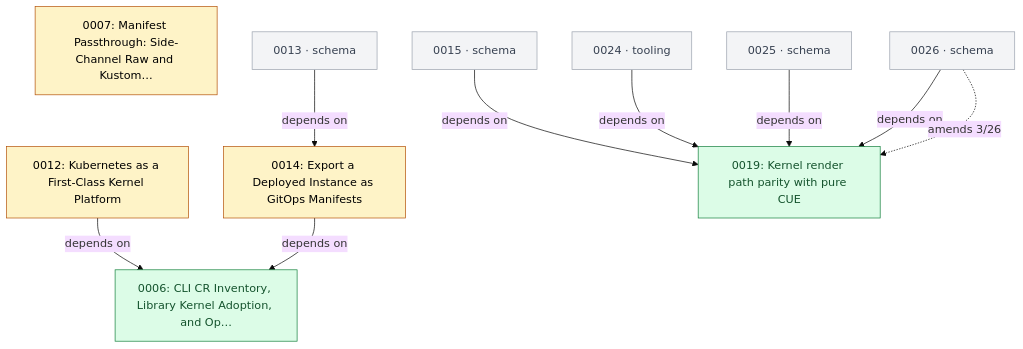
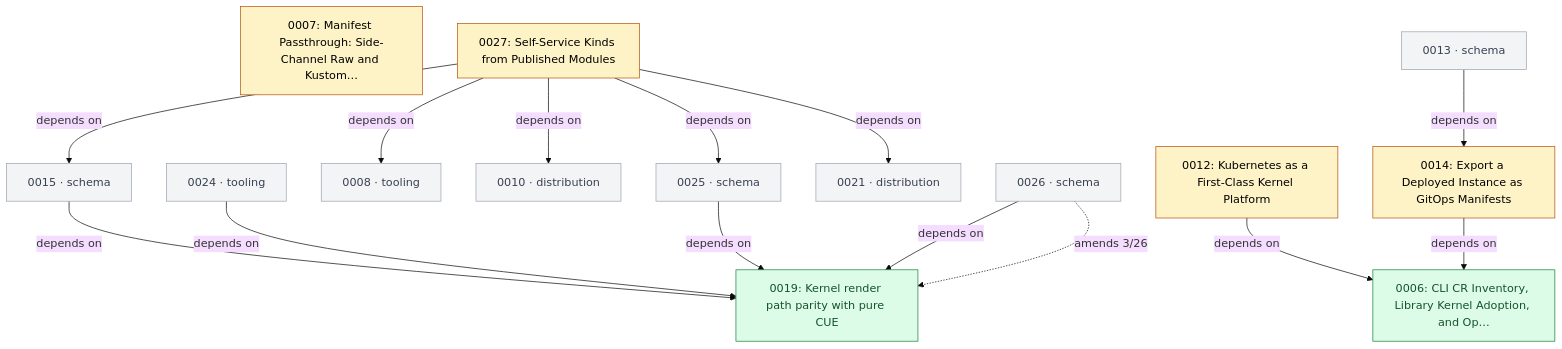
One commit to open-platform-model/enhancements changed the third of 7 diagrams in GRAPH.md. Above: the diagram before and after it, drawn with Mermaid (base theme). The commit also changed other lines of this file and 29 other files, not shown here.

````diff
--- a/GRAPH.md
+++ b/GRAPH.md
@@ -93,31 +94,40 @@
 ```mermaid
 graph TD
   classDef draft       fill:#fef3c7,stroke:#b45309,color:#000
   classDef accepted    fill:#dbeafe,stroke:#1d4ed8,color:#000
   classDef rejected    fill:#fee2e2,stroke:#b91c1c,color:#7f1d1d,stroke-dasharray:4 2
   classDef superseded  fill:#e5e7eb,stroke:#6b7280,color:#6b7280
   classDef delivered   fill:#dcfce7,stroke:#15803d,color:#14532d
   classDef legacy      fill:#fafafa,stroke:#9ca3af,color:#6b7280,stroke-dasharray:3 3
   classDef stub        fill:#f3f4f6,stroke:#9ca3af,color:#374151
   classDef category    fill:#ede9fe,stroke:#6d28d9,color:#000
 
   N0006["0006: CLI CR Inventory, Library Kernel Adoption, and Op…"]:::delivered
   N0007["0007: Manifest Passthrough: Side-Channel Raw and Kustom…"]:::draft
   N0012["0012: Kubernetes as a First-Class Kernel Platform"]:::draft
   N0014["0014: Export a Deployed Instance as GitOps Manifests"]:::draft
   N0019["0019: Kernel render path parity with pure CUE"]:::delivered
+  N0027["0027: Self-Service Kinds from Published Modules"]:::draft
+  N0008["0008 · tooling"]:::stub
+  N0010["0010 · distribution"]:::stub
   N0013["0013 · schema"]:::stub
   N0015["0015 · schema"]:::stub
+  N0021["0021 · distribution"]:::stub
   N0024["0024 · tooling"]:::stub
   N0025["0025 · schema"]:::stub
   N0026["0026 · schema"]:::stub
 
   N0012 -->|depends on| N0006
   N0013 -->|depends on| N0014
   N0014 -->|depends on| N0006
   N0015 -->|depends on| N0019
   N0024 -->|depends on| N0019
   N0025 -->|depends on| N0019
   N0026 -->|depends on| N0019
+  N0027 -->|depends on| N0008
+  N0027 -->|depends on| N0010
+  N0027 -->|depends on| N0015
+  N0027 -->|depends on| N0021
+  N0027 -->|depends on| N0025
   N0026 -.->|amends 3/26| N0019
 ```
````
